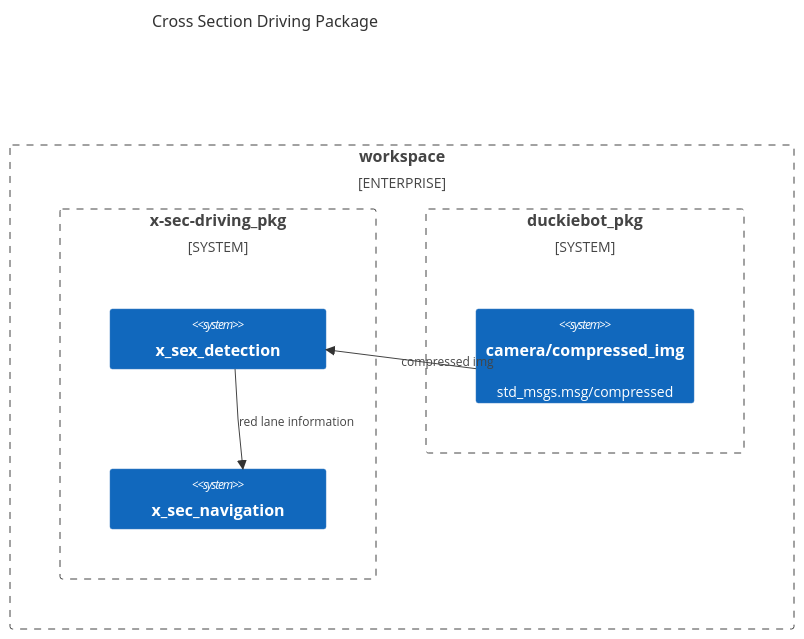
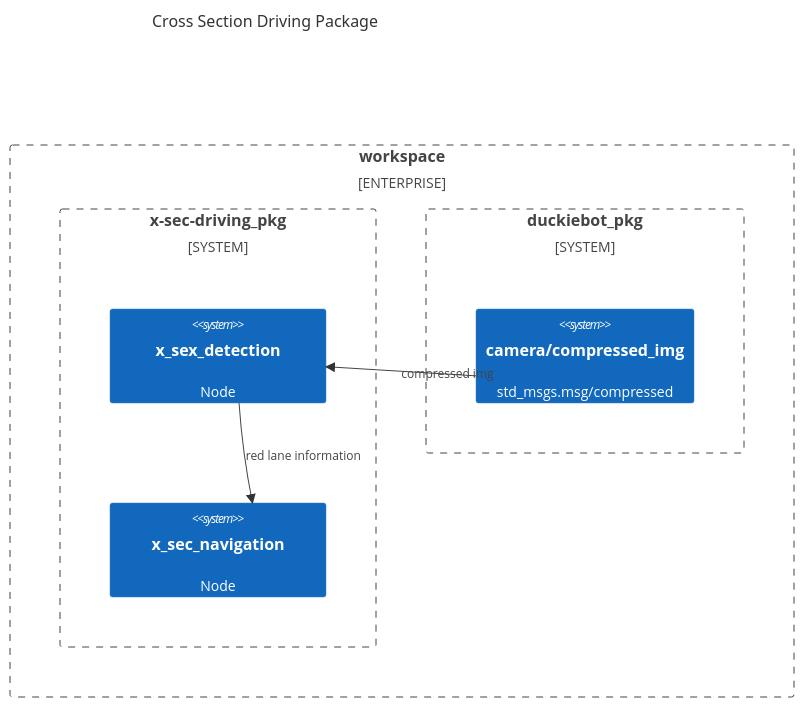
Before and after one commit to Duckietown-QuackMan/x-sec-driving: the diagram in README.md, drawn with Mermaid. The commit also changed other lines of this file, not shown here.

`````diff
--- a/README.md
+++ b/README.md
@@ -4,19 +4,19 @@
 ```mermaid
 C4Context
 title Cross Section Driving Package
 
-Enterprise_Boundary(b1, "workspace") {
+Enterprise_Boundary(b1, "workspace", "includes all packages") {
 
-  System_Boundary(b2, "x-sec-driving_pkg") {
-    System(SystemA, "x_sex_detection")
-    System(SystemB, "x_sec_navigation")
+  System_Boundary(b2, "x-sec-driving_pkg", "Package") {
+    System(SystemA, "x_sex_detection", "Node")
+    System(SystemB, "x_sec_navigation", "Node")
   }
 
   System_Boundary(b3, "duckiebot_pkg", "boundary") {
     System(SystemC, "camera/compressed_img", "std_msgs.msg/compressed")
   }
 }
 
 Rel(SystemC, SystemA, "compressed img")
 Rel(SystemA, SystemB, "red lane information")
-````
+```
`````
